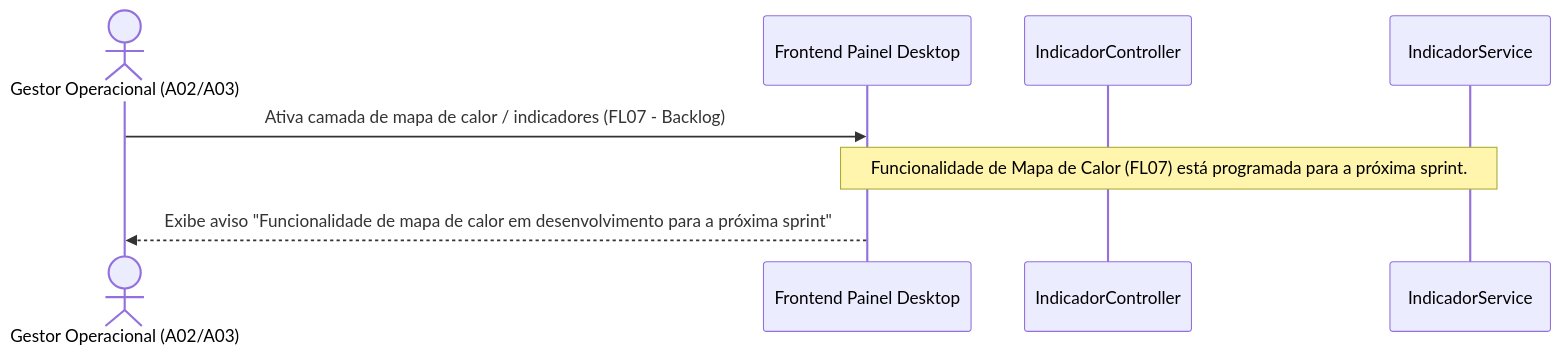
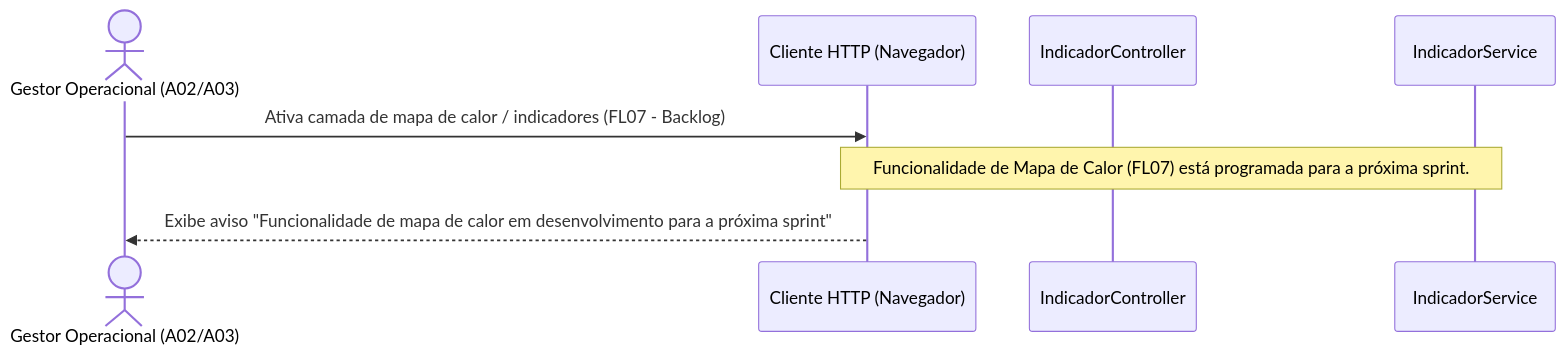
Before and after one commit to davitricarico-wq/g03: the seventh of 12 diagrams in documentos/wad.md, drawn with Mermaid. The commit also changed other lines of this file and 1 other file, not shown here.

````diff
--- a/documentos/wad.md
+++ b/documentos/wad.md
@@ -1049,13 +1113,13 @@
 ```mermaid
 sequenceDiagram
     actor Gestor as Gestor Operacional (A02/A03)
-    participant Frontend as Frontend Painel Desktop
+    participant Frontend as Cliente HTTP (Navegador)
     participant Controller as IndicadorController
     participant Service as IndicadorService
 
     Gestor->>Frontend: Ativa camada de mapa de calor / indicadores (FL07 - Backlog)
 
     Note over Frontend, Service: Funcionalidade de Mapa de Calor (FL07) está programada para a próxima sprint.
 
     Frontend-->>Gestor: Exibe aviso "Funcionalidade de mapa de calor em desenvolvimento para a próxima sprint"
 ```
````
